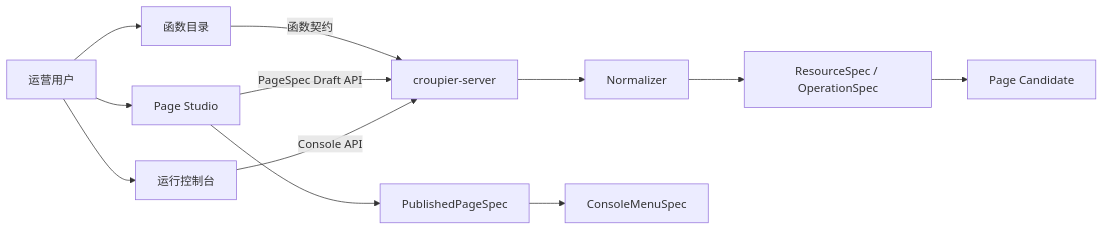
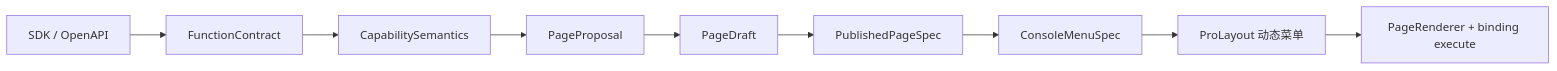
One commit to cuihairu/croupier changed the diagram in web/README.md. Above: the diagram before and after it, drawn with Mermaid. The commit also changed other lines of this file and 52 other files, not shown here.

First line of the commit message:
refactor: P0 架构冻结 + FunctionContract + SDK capability 重构

````diff
--- a/web/README.md
+++ b/web/README.md
@@ -79,14 +47,11 @@
 ```mermaid
 graph LR
-  U[运营用户] --> F[函数目录]
-  U --> P[Page Studio]
-  U --> C[运行控制台]
-  F -->|函数契约| S[croupier-server]
-  P -->|PageSpec Draft API| S
-  C -->|Console API| S
-  S --> N[Normalizer]
-  N --> R[ResourceSpec / OperationSpec]
-  R --> G[Page Candidate]
-  P --> D[PublishedPageSpec]
-  D --> M[ConsoleMenuSpec]
+  R[SDK / OpenAPI] --> C[FunctionContract]
+  C --> S[CapabilitySemantics]
+  S --> P[PageProposal]
+  P --> D[PageDraft]
+  D --> V[PublishedPageSpec]
+  V --> M[ConsoleMenuSpec]
+  M --> U[ProLayout 动态菜单]
+  U --> X[PageRenderer + binding execute]
 ```
````
